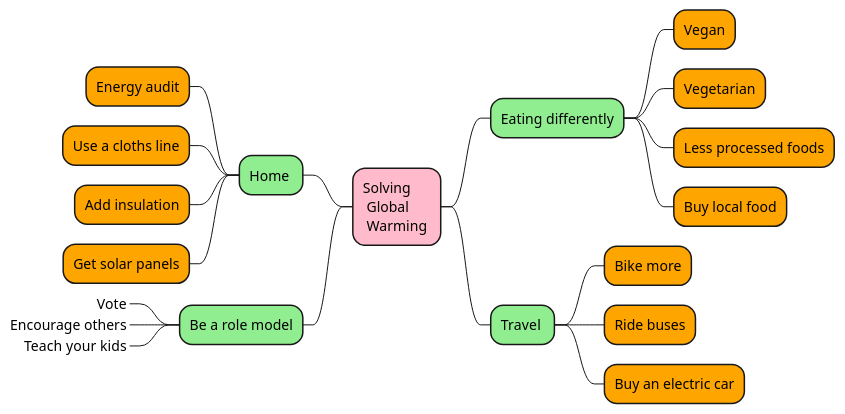
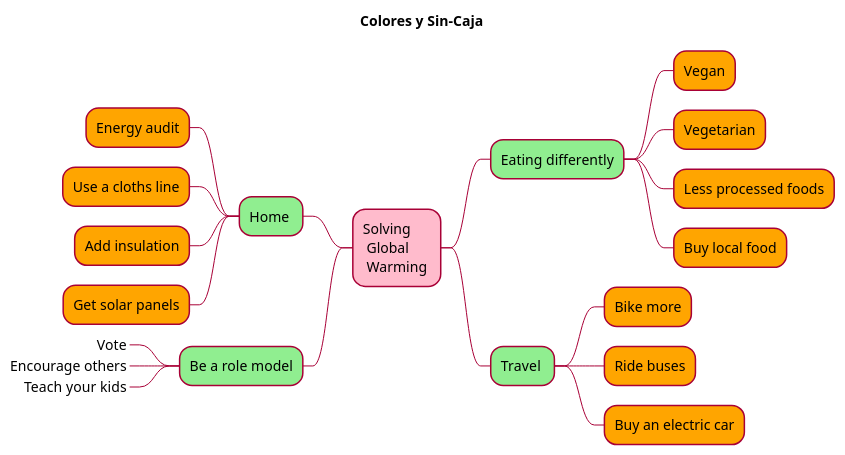
The diagram in (House)/PlantUML/MindMap/MindMap 02 Color and Remove Box.puml (zherar7ordoya/AP5), drawn with PlantUML before and after one commit. The commit also changed 6 other files, not shown here.

```diff
--- a/(House)/PlantUML/MindMap/MindMap 02 Color and Remove Box.puml
+++ b/(House)/PlantUML/MindMap/MindMap 02 Color and Remove Box.puml
@@ -1,42 +1,50 @@
 @startmindmap Samples
+
+skin rose
+skinparam classFontName Calibri
+skinparam shadowing false
+
+title Colores y Sin-Caja
+
+'========= 2022-09-05 =========
 
 <style>
     mindmapDiagram {
         .green {
             BackgroundColor lightgreen
         }
         .rose {
             BackgroundColor #FFBBCC
         }
     }
 </style>
 
 * Solving \n Global \n Warming <<rose>>
 
     right side
     
     **[#lightgreen] Eating differently
         ***[#Orange] Vegan
         ***[#Orange] Vegetarian
         ***[#Orange] Less processed foods
         ***[#Orange] Buy local food
 
     ** Travel <<green>>
         ***[#Orange] Bike more
         ***[#Orange] Ride buses
         ***[#Orange] Buy an electric car
 
     left side
 
     ** Home <<green>>
         ***[#Orange] Energy audit
         ***[#Orange] Use a cloths line
         ***[#Orange] Add insulation
         ***[#Orange] Get solar panels
 
     **[#lightgreen] Be a role model
         ***_ Vote
         ***_ Encourage others
         ***_ Teach your kids
 
 @endmindmap
```
